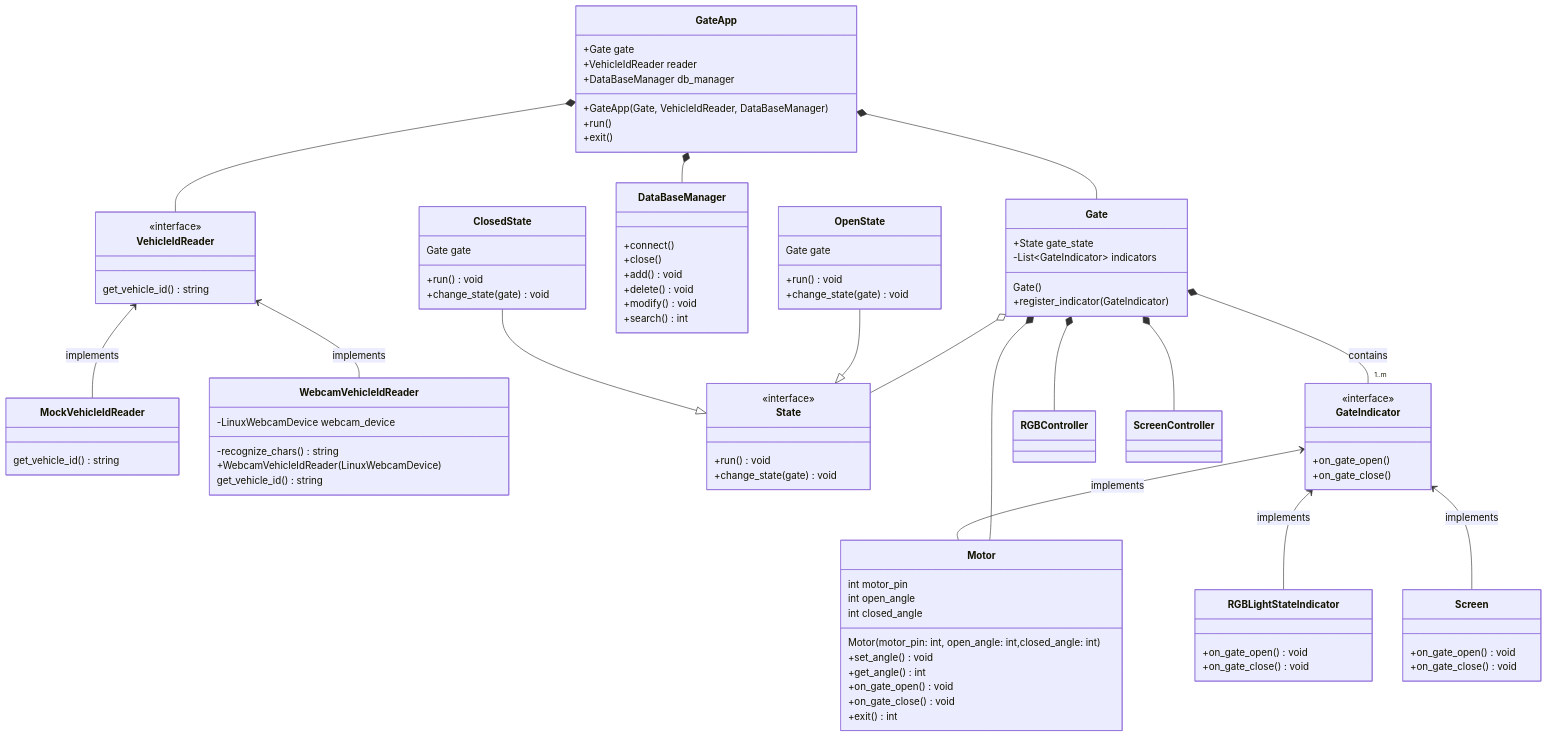
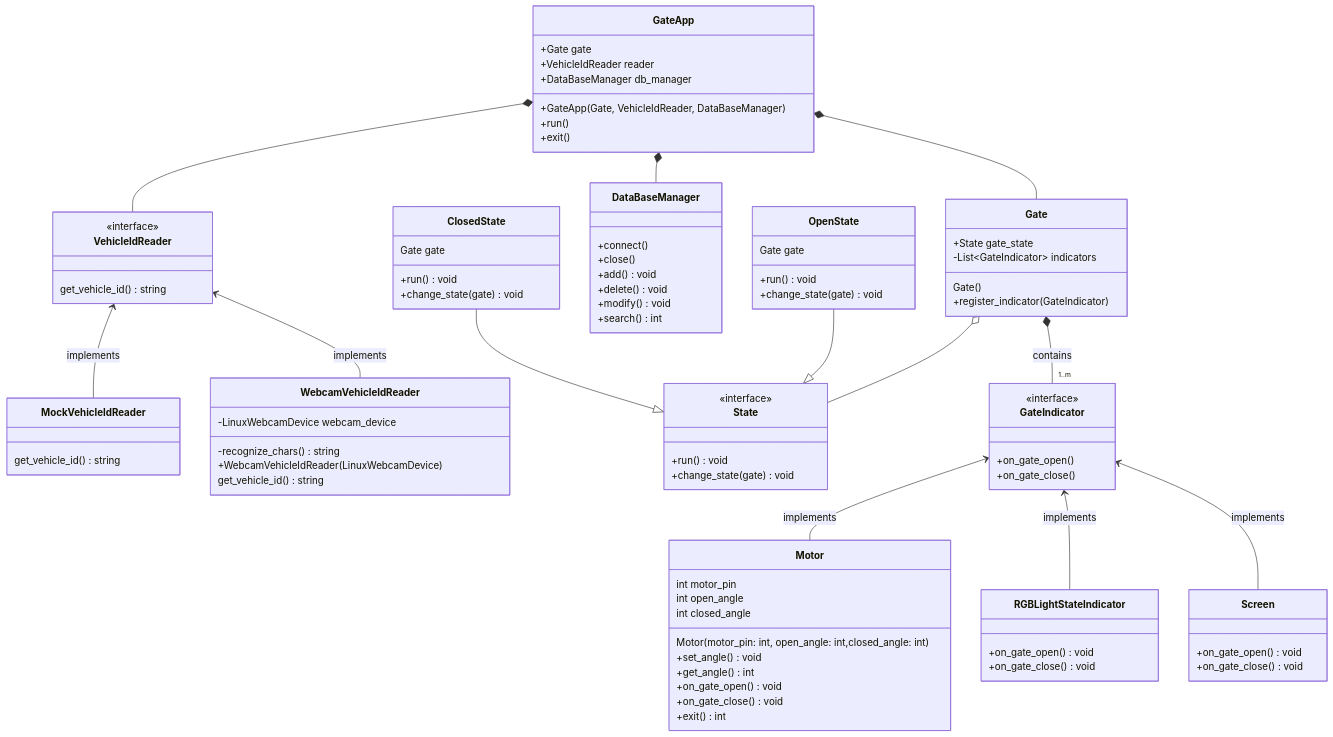
The first of 2 diagrams in software_structure.md (Xiaoyang-Lyu/y2_project), drawn with Mermaid before and after one commit. The commit also changed other lines of this file, not shown here.

Commit message:
delete composition relation between indicator items to gate

```diff
--- a/software_structure.md
+++ b/software_structure.md
@@ -112,9 +112,6 @@
 ClosedState --|> State
 OpenState --|> State
 Gate o-- State
-Gate *-- Motor
-Gate *-- RGBController
-Gate *-- ScreenController
 
 
 
```
